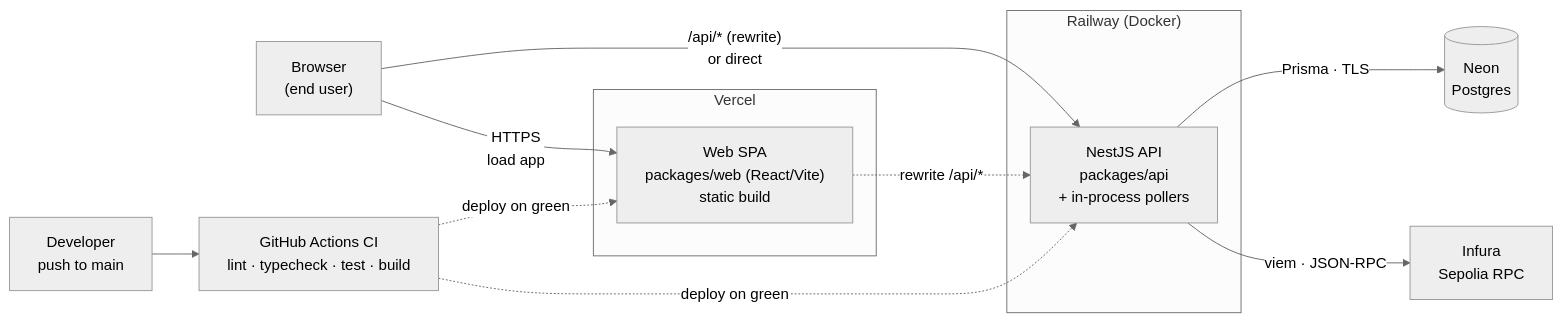
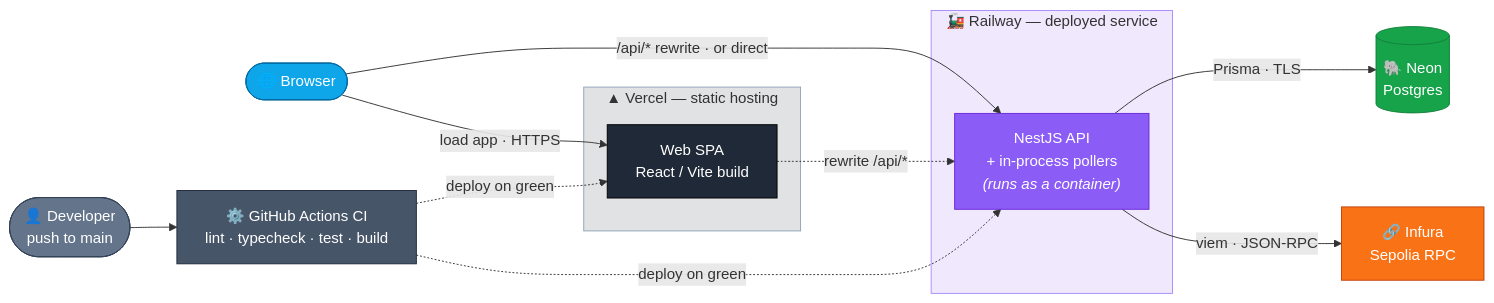
One commit to xbt-a4224j/vencura changed the diagram in docs/DEPLOYMENT.md. Above: the diagram before and after it, drawn with Mermaid. The commit also changed other lines of this file and 1 other file, not shown here.

Commit message:
docs: colorful dark-mode-friendly topology diagram; surface docs near top
- Topology diagram now uses explicit classDef fills (white-on-saturated,
  legible on both GitHub light and dark themes) instead of the neutral theme
- Clarify Railway is a deployed service (drop bare 'Docker' label)
- README: add 'Architecture at a glance' + move the Docs index up under it

````diff
--- a/docs/DEPLOYMENT.md
+++ b/docs/DEPLOYMENT.md
@@ -9,28 +9,34 @@
 ```mermaid
-%%{init: {"theme": "neutral", "flowchart": {"useMaxWidth": true}}}%%
 graph LR
-    Dev["Developer\npush to main"]
-    Dev --> GH["GitHub Actions CI\nlint · typecheck · test · build"]
+    Dev(["👤 Developer<br/>push to main"]):::dev --> GH["⚙️ GitHub Actions CI<br/>lint · typecheck · test · build"]:::ci
+    User(["🌐 Browser"]):::user
 
-    Browser["Browser\n(end user)"]
-
-    subgraph Vercel["Vercel"]
-        Web["Web SPA\npackages/web (React/Vite)\nstatic build"]
+    subgraph VercelBox["▲ Vercel — static hosting"]
+        Web["Web SPA<br/>React / Vite build"]:::vercel
     end
 
-    subgraph Railway["Railway (Docker)"]
-        API["NestJS API\npackages/api\n+ in-process pollers"]
+    subgraph RailwayBox["🚂 Railway — deployed service"]
+        API["NestJS API<br/>+ in-process pollers<br/><i>(runs as a container)</i>"]:::railway
     end
 
-    Neon[("Neon\nPostgres")]
-    Infura["Infura\nSepolia RPC"]
+    Neon[("🐘 Neon<br/>Postgres")]:::neon
+    Infura["🔗 Infura<br/>Sepolia RPC"]:::infura
 
-    Browser -->|"HTTPS\nload app"| Web
-    Browser -->|"/api/* (rewrite)\nor direct"| API
+    User -->|"load app · HTTPS"| Web
+    User -->|"/api/* rewrite · or direct"| API
     Web -.->|"rewrite /api/*"| API
     API -->|"Prisma · TLS"| Neon
     API -->|"viem · JSON-RPC"| Infura
-
     GH -.->|"deploy on green"| Web
     GH -.->|"deploy on green"| API
+
+    classDef dev fill:#64748b,stroke:#334155,color:#ffffff;
+    classDef ci fill:#475569,stroke:#1e293b,color:#ffffff;
+    classDef user fill:#0ea5e9,stroke:#0369a1,color:#ffffff;
+    classDef vercel fill:#1f2937,stroke:#000000,color:#ffffff;
+    classDef railway fill:#8b5cf6,stroke:#6d28d9,color:#ffffff;
+    classDef neon fill:#16a34a,stroke:#15803d,color:#ffffff;
+    classDef infura fill:#f97316,stroke:#c2410c,color:#ffffff;
+    style VercelBox fill:#1f293722,stroke:#94a3b8,stroke-width:1px;
+    style RailwayBox fill:#8b5cf622,stroke:#a78bfa,stroke-width:1px;
 ```
````
